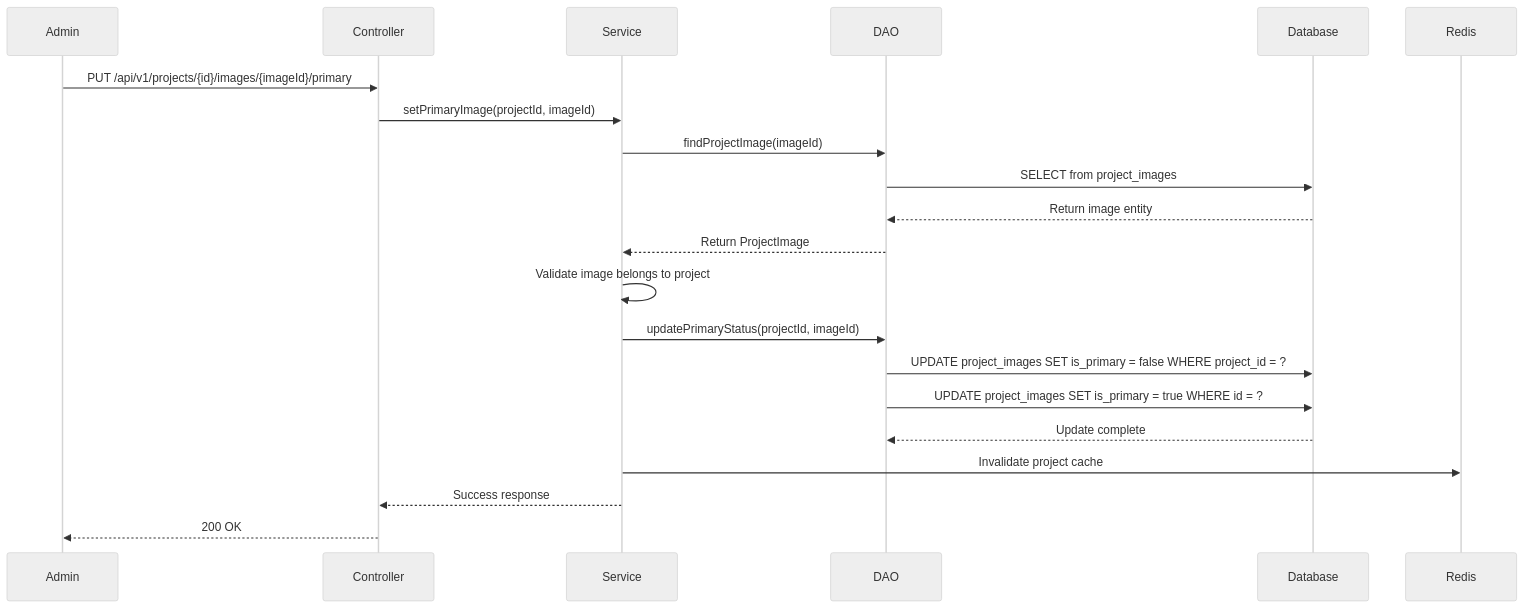
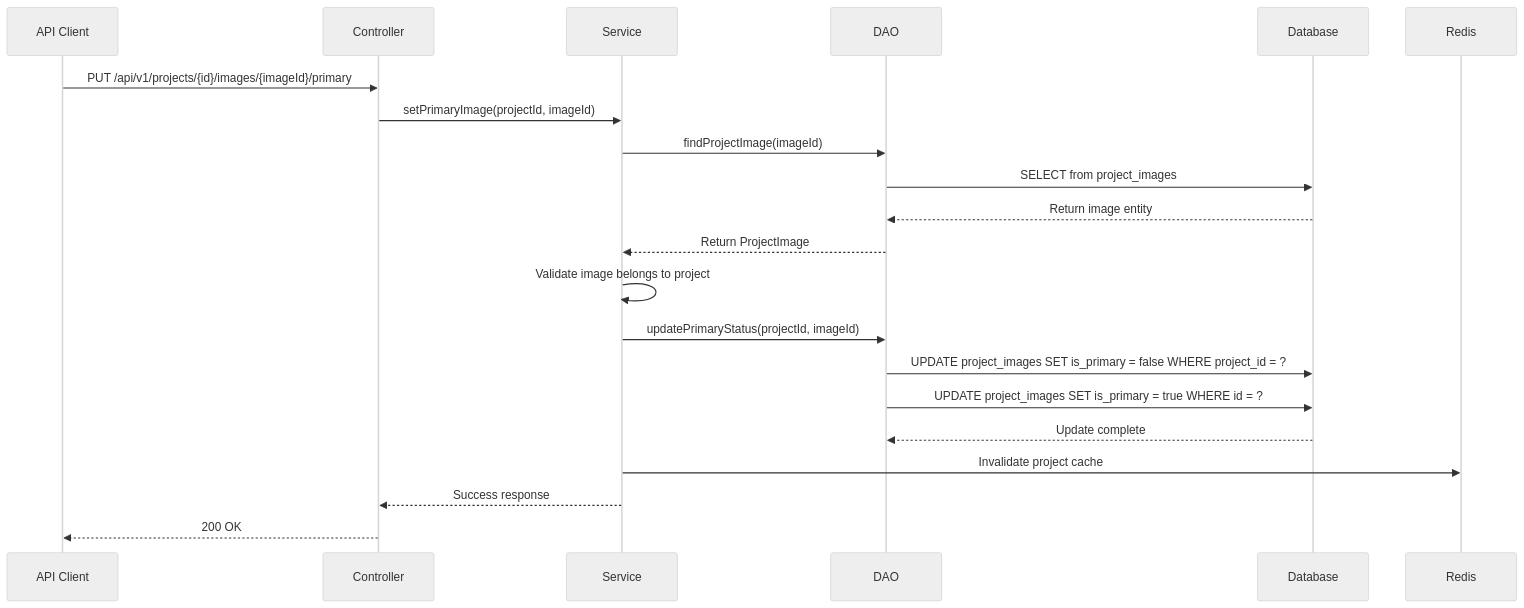
The seventh of 9 diagrams in docs/api/API_FLOWS.md (caseythecoder90/personal-website-backend), drawn with Mermaid (neutral theme) before and after one commit. The commit also changed other lines of this file and 22 other files, not shown here.

````diff
--- a/docs/api/API_FLOWS.md
+++ b/docs/api/API_FLOWS.md
@@ -397,26 +300,26 @@
 ```mermaid
 sequenceDiagram
-    participant A as Admin
-    participant C as Controller
+    participant C as API Client
+    participant Ctrl as Controller
     participant S as Service
     participant D as DAO
     participant DB as Database
     participant Cache as Redis
 
-    A->>C: PUT /api/v1/projects/{id}/images/{imageId}/primary
-    C->>S: setPrimaryImage(projectId, imageId)
+    C->>Ctrl: PUT /api/v1/projects/{id}/images/{imageId}/primary
+    Ctrl->>S: setPrimaryImage(projectId, imageId)
     S->>D: findProjectImage(imageId)
     D->>DB: SELECT from project_images
     DB-->>D: Return image entity
     D-->>S: Return ProjectImage
-    
+
     S->>S: Validate image belongs to project
     S->>D: updatePrimaryStatus(projectId, imageId)
     D->>DB: UPDATE project_images SET is_primary = false WHERE project_id = ?
     D->>DB: UPDATE project_images SET is_primary = true WHERE id = ?
     DB-->>D: Update complete
-    
+
     S->>Cache: Invalidate project cache
-    S-->>C: Success response
-    C-->>A: 200 OK
+    S-->>Ctrl: Success response
+    Ctrl-->>C: 200 OK
 ```
````
